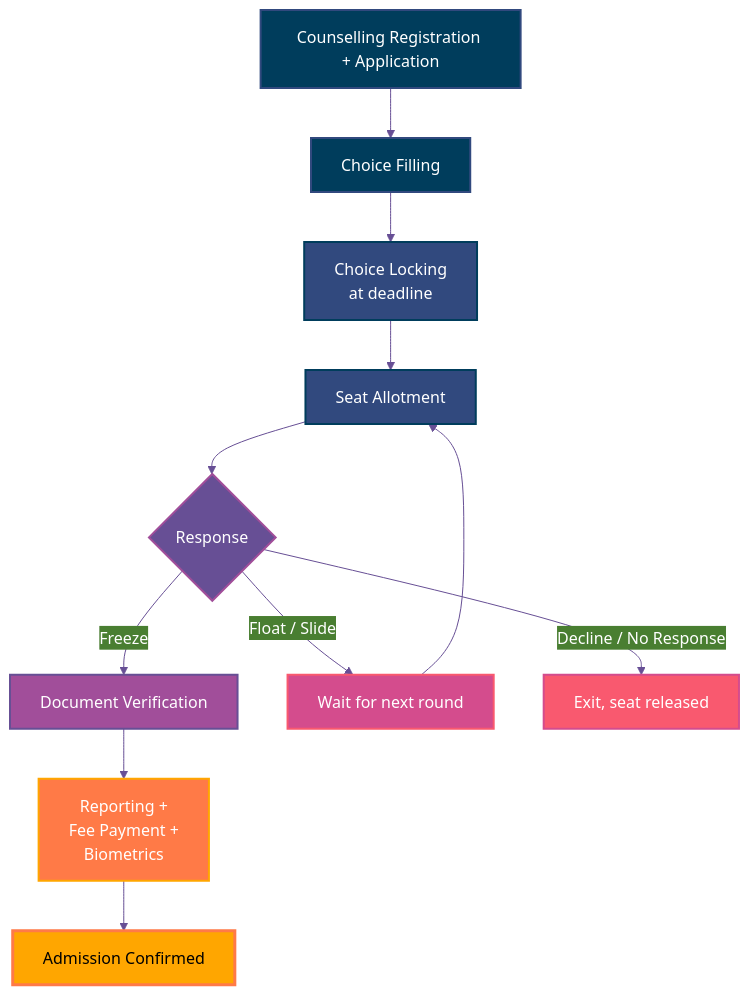
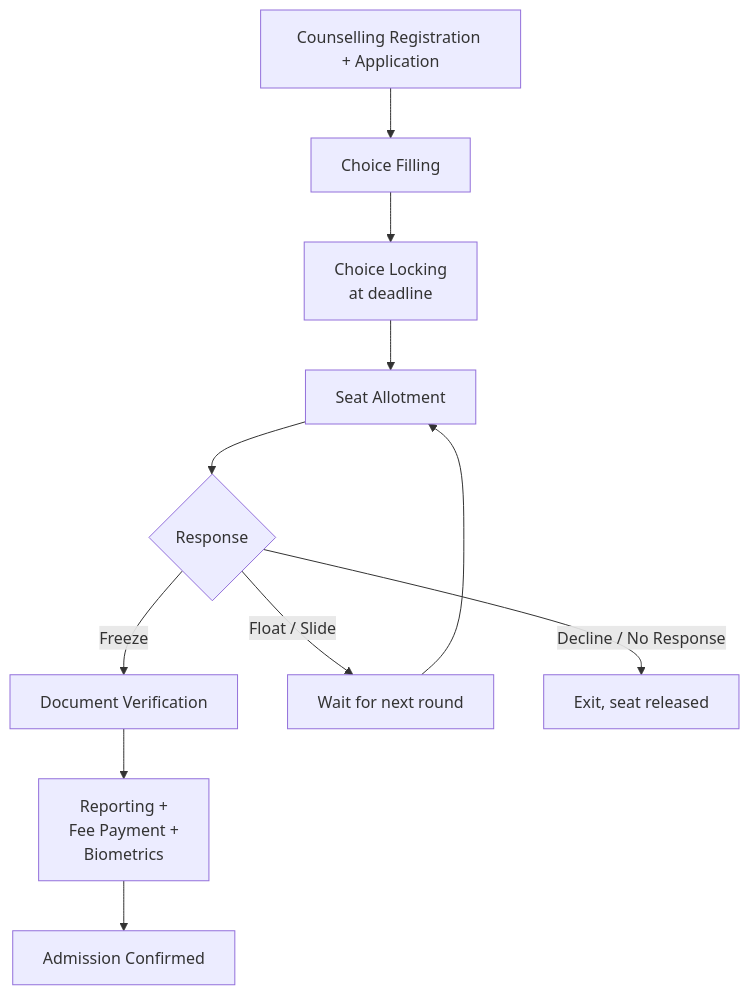
One commit to aashrutsharma/whitepaper changed the fourth of 4 diagrams in getting-started/counselling.mdx. Above: the diagram before and after it, drawn with Mermaid. The commit also changed other lines of this file and 16 other files, not shown here.

````diff
--- a/getting-started/counselling.mdx
+++ b/getting-started/counselling.mdx
@@ -270,38 +215,14 @@
 ```mermaid
-%%{init: {
-  'theme': 'base',
-  'themeVariables': {
-    'primaryColor': '#31497e',
-    'primaryTextColor': '#ffffff',
-    'primaryBorderColor': '#003d5c',
-    'lineColor': '#674f95',
-    'background': 'transparent',
-    'fontFamily': 'Inter, sans-serif'
-  }
-}}%%
+
 flowchart TD
     A["Counselling Registration + Application"] --> B["Choice Filling"]
     B --> C["Choice Locking<br/>at deadline"]
     C --> D["Seat Allotment"]
     D --> E{"Response"}
     E -->|Freeze| F["Document Verification"]
     E -->|Float / Slide| G["Wait for next round"]
     E -->|Decline / No Response| H["Exit, seat released"]
     G --> D
     F --> I["Reporting +<br/>Fee Payment +<br/>Biometrics"]
     I --> J["Admission Confirmed"]
-
-    style A fill:#003d5c,stroke:#31497e,color:#ffffff,stroke-width:2px
-    style B fill:#003d5c,stroke:#31497e,color:#ffffff,stroke-width:2px
-    style C fill:#31497e,stroke:#003d5c,color:#ffffff,stroke-width:2px
-    
-    style D fill:#31497e,stroke:#003d5c,color:#ffffff,stroke-width:2px
-    style E fill:#674f95,stroke:#a14e9a,color:#ffffff,stroke-width:2px
-    
-    style F fill:#a14e9a,stroke:#674f95,color:#ffffff,stroke-width:2px
-    style G fill:#d44c8d,stroke:#f9596f,color:#ffffff,stroke-width:2px
-    style H fill:#f9596f,stroke:#d44c8d,color:#ffffff,stroke-width:2px
-    
-    style I fill:#ff7a47,stroke:#ffa600,color:#ffffff,stroke-width:2px
-    style J fill:#ffa600,stroke:#ff7a47,color:#000000,stroke-width:3px
 ```
````
